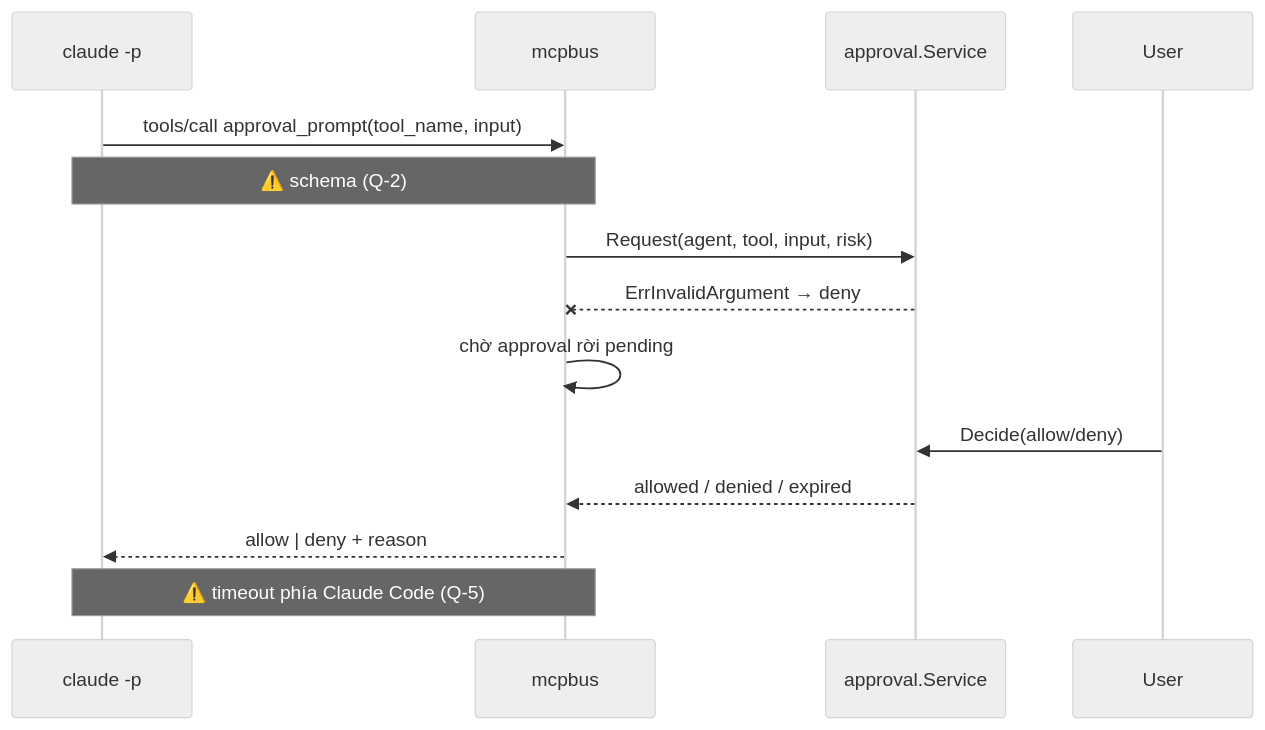
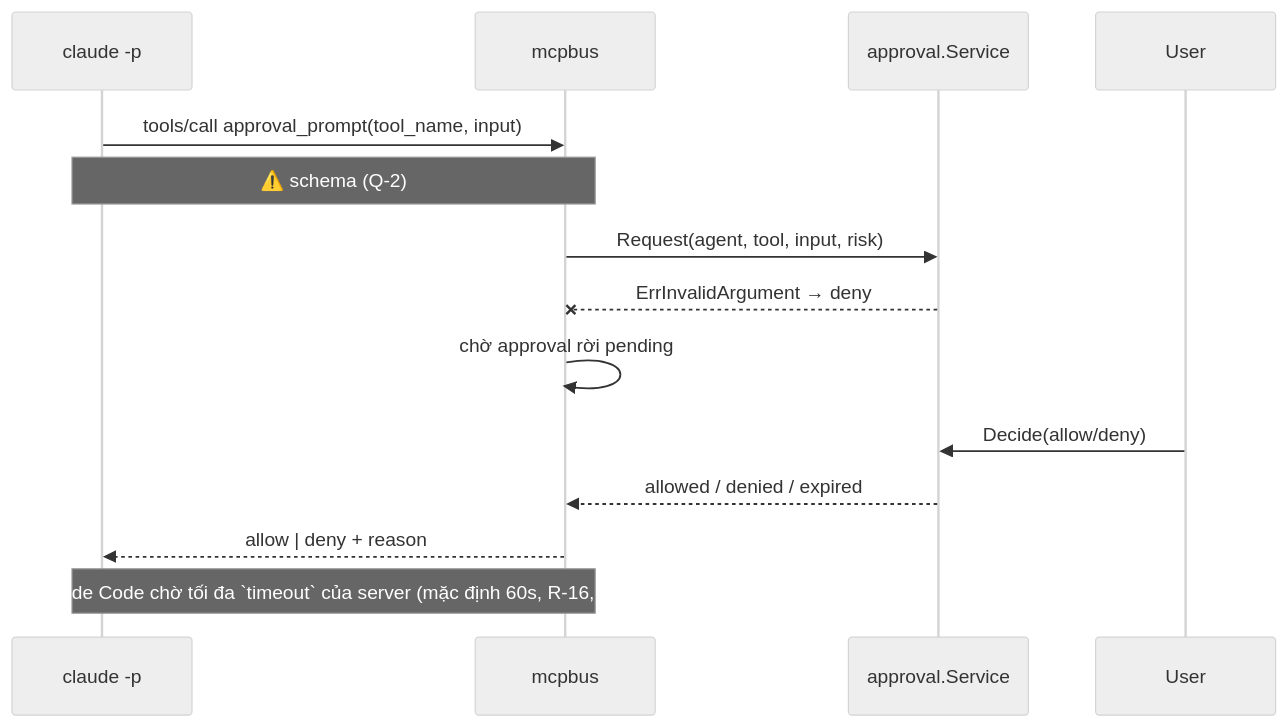
The second of 3 diagrams in docs/specs/features/agent-runtime/design.md (chjpcojit/agents-management), drawn with Mermaid (neutral theme) before and after one commit. The commit also changed other lines of this file and 20 other files, not shown here.

First line of the commit message:
fix(agent-runtime): raise Claude Code's 60s approval wait; abandon approvals nobody waits on

````diff
--- a/docs/specs/features/agent-runtime/design.md
+++ b/docs/specs/features/agent-runtime/design.md
@@ -67,16 +67,16 @@
 ```mermaid
 sequenceDiagram
     participant P as claude -p
     participant M as mcpbus
     participant S as approval.Service
     participant H as User
     P->>M: tools/call approval_prompt(tool_name, input)
     Note over P,M: ⚠️ schema (Q-2)
     M->>S: Request(agent, tool, input, risk)
     S--xM: ErrInvalidArgument → deny
     M->>M: chờ approval rời pending
     H->>S: Decide(allow/deny)
     S-->>M: allowed / denied / expired
     M-->>P: allow | deny + reason
-    Note over M,P: ⚠️ timeout phía Claude Code (Q-5)
+    Note over M,P: Claude Code chờ tối đa `timeout` của server (mặc định 60s, R-16, A-7)
 ```
````
